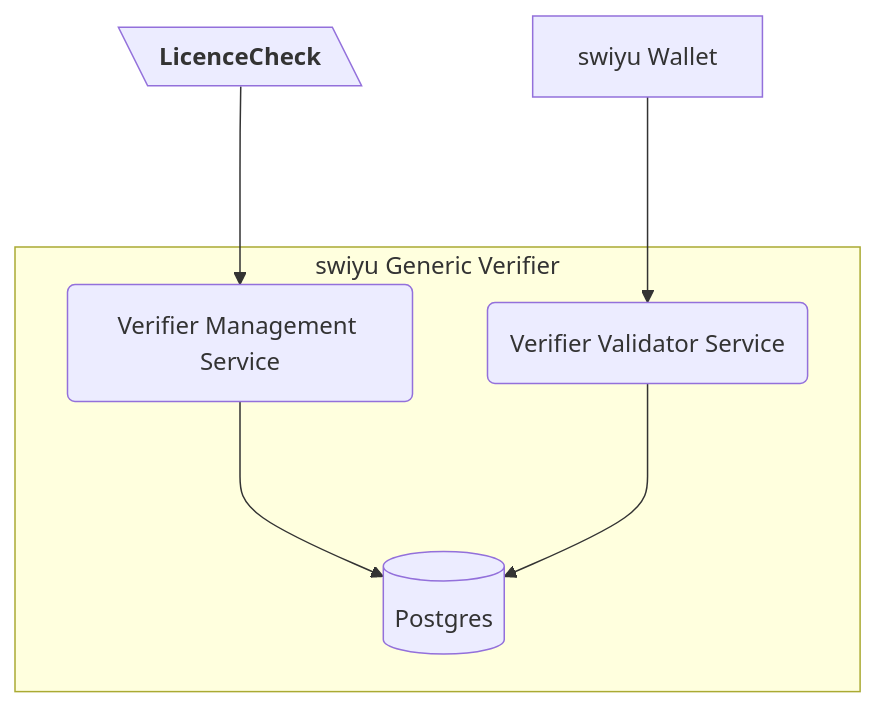
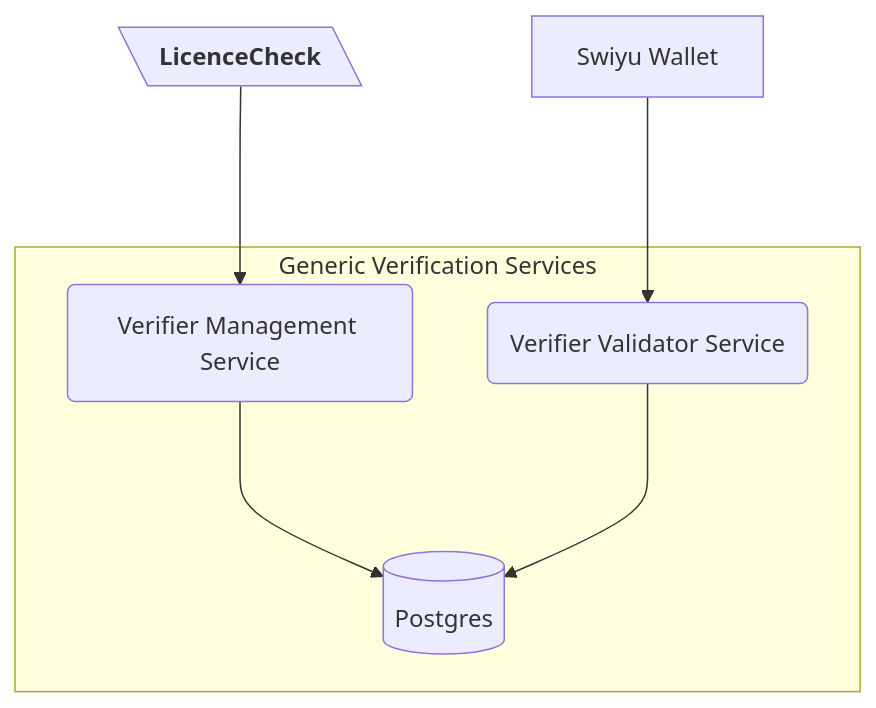
One commit to swiyu-admin-ch/eidch-elfa-licencecheck changed the diagram in README.md. Above: the diagram before and after it, drawn with Mermaid. The commit also changed other lines of this file and 88 other files, not shown here.

````diff
--- a/README.md
+++ b/README.md
@@ -32,15 +31,15 @@
 ```mermaid
 flowchart TD
     lc[\"`**LicenceCheck**`"\]
     isam(Verifier Management Service)
     isdb[(Postgres)]
     isoi(Verifier Validator Service)
-    wallet[swiyu Wallet]
+    wallet[Swiyu Wallet]
     
-    subgraph swiyu Generic Verifier
+    subgraph Generic Verification Services
         isam ---> isdb
         isoi ---> isdb
     end
     lc ---> isam
     wallet ---> isoi
 ```
````
